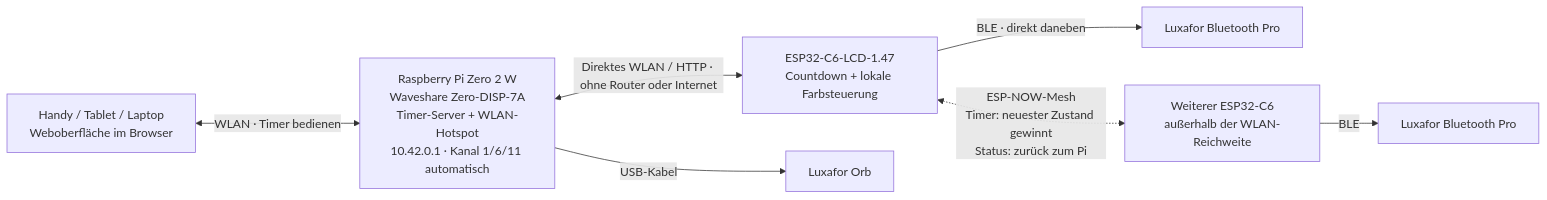
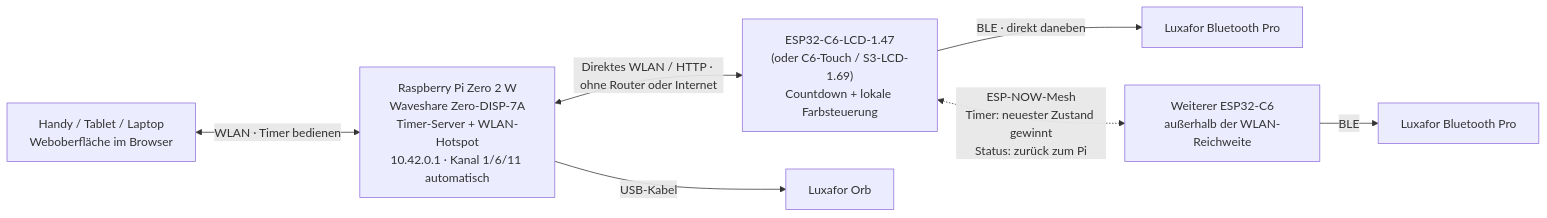
The diagram in README.md (sglogger/pi-timer-wifi), drawn with Mermaid before and after one commit. The commit also changed other lines of this file and 13 other files, not shown here.

Commit message:
added ESP32-C6-Touch-LCD-1.47 to the project (without touch)

````diff
--- a/README.md
+++ b/README.md
@@ -12,16 +12,16 @@
 ```mermaid
 flowchart LR
   A["Raspberry Pi Zero 2 W\nWaveshare Zero-DISP-7A\nTimer-Server + WLAN-Hotspot\n10.42.0.1 · Kanal 1/6/11 automatisch"]
-  B["ESP32-C6-LCD-1.47\nCountdown + lokale Farbsteuerung"]
+  B["ESP32-C6-LCD-1.47\n(oder C6-Touch / S3-LCD-1.69)\nCountdown + lokale Farbsteuerung"]
   C["Luxafor Bluetooth Pro"]
   A <-->|"Direktes WLAN / HTTP · ohne Router oder Internet"| B
   B -->|"BLE · direkt daneben"| C
   F["Weiterer ESP32-C6\naußerhalb der WLAN-Reichweite"]
   G["Luxafor Bluetooth Pro"]
   B <-.->|"ESP-NOW-Mesh\nTimer: neuester Zustand gewinnt\nStatus: zurück zum Pi"| F
   F -->|"BLE"| G
   D["Handy / Tablet / Laptop\nWeboberfläche im Browser"]
   D <-->|"WLAN · Timer bedienen"| A
   E["Luxafor Orb"]
   A -->|"USB-Kabel"| E
 ```
````
